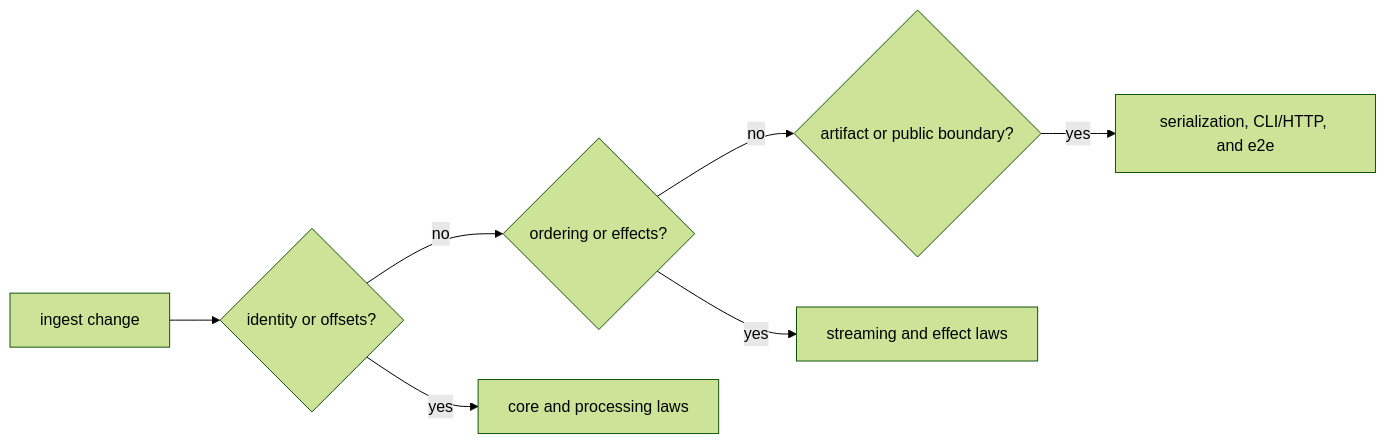
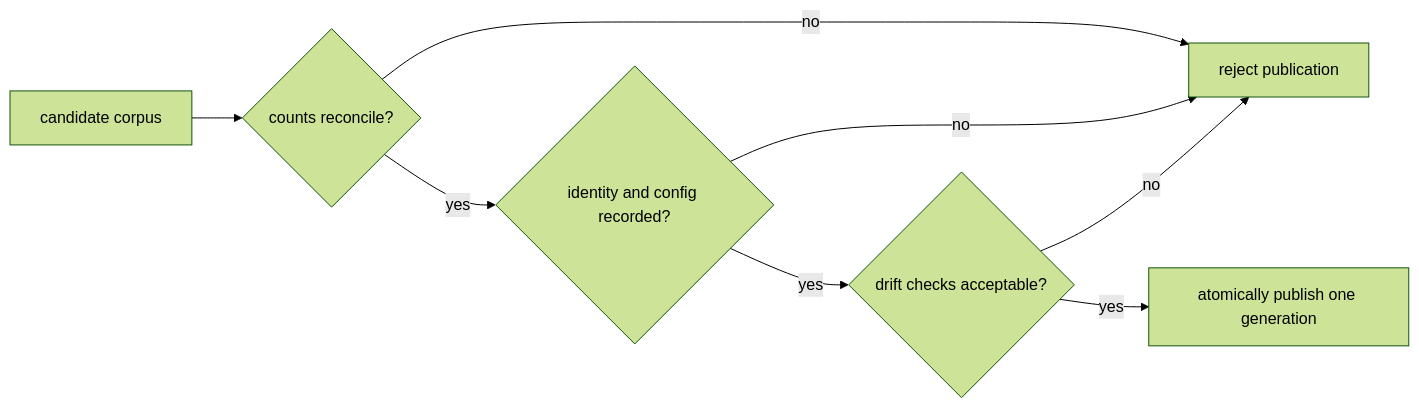
The second of 2 diagrams in docs/02-bijux-canon-ingest/quality/risk-register.md (bijux/bijux-canon), drawn with Mermaid (forest theme) before and after one commit. The commit also changed other lines of this file and 1 other file, not shown here.

Commit message:
docs(ingest): define preparation limits and risks

````diff
--- a/docs/02-bijux-canon-ingest/quality/risk-register.md
+++ b/docs/02-bijux-canon-ingest/quality/risk-register.md
@@ -52,17 +57,10 @@
 ```mermaid
 flowchart LR
-    change["ingest change"]
-    identity{"identity or offsets?"}
-    execution{"ordering or effects?"}
-    boundary{"artifact or public boundary?"}
-    core["core and processing laws"]
-    stream["streaming and effect laws"]
-    e2e["serialization, CLI/HTTP, and e2e"]
-
-    change --> identity
-    identity -->|yes| core
-    identity -->|no| execution
-    execution -->|yes| stream
-    execution -->|no| boundary
-    boundary -->|yes| e2e
+    candidate["candidate corpus"] --> reconcile{"counts reconcile?"}
+    reconcile -->|no| reject["reject publication"]
+    reconcile -->|yes| identity{"identity and config recorded?"}
+    identity -->|no| reject
+    identity -->|yes| quality{"drift checks acceptable?"}
+    quality -->|no| reject
+    quality -->|yes| publish["atomically publish one generation"]
 ```
````
